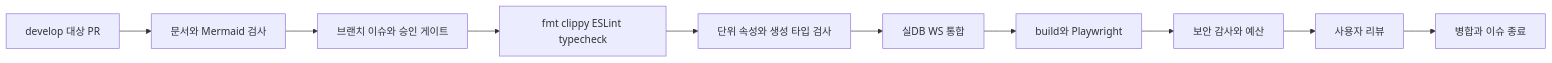
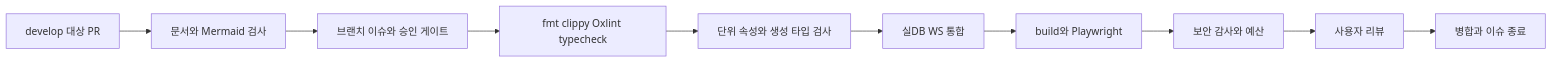
Before and after one commit to crystal23733/search-mine: the second of 2 diagrams in docs/design/14-testing-strategy.md, drawn with Mermaid. The commit also changed 46 other files, not shown here.

````diff
--- a/docs/design/14-testing-strategy.md
+++ b/docs/design/14-testing-strategy.md
@@ -26,12 +26,12 @@
 ```mermaid
 flowchart LR
   PR[develop 대상 PR] --> Docs[문서와 Mermaid 검사]
   Docs --> Gate[브랜치 이슈와 승인 게이트]
-  Gate --> Lint[fmt clippy ESLint typecheck]
+  Gate --> Lint[fmt clippy Oxlint typecheck]
   Lint --> Unit[단위 속성와 생성 타입 검사]
   Unit --> DB[실DB WS 통합]
   DB --> Web[build와 Playwright]
   Web --> Audit[보안 감사와 예산]
   Audit --> Review[사용자 리뷰]
   Review --> Merge[병합과 이슈 종료]
 ```
````
